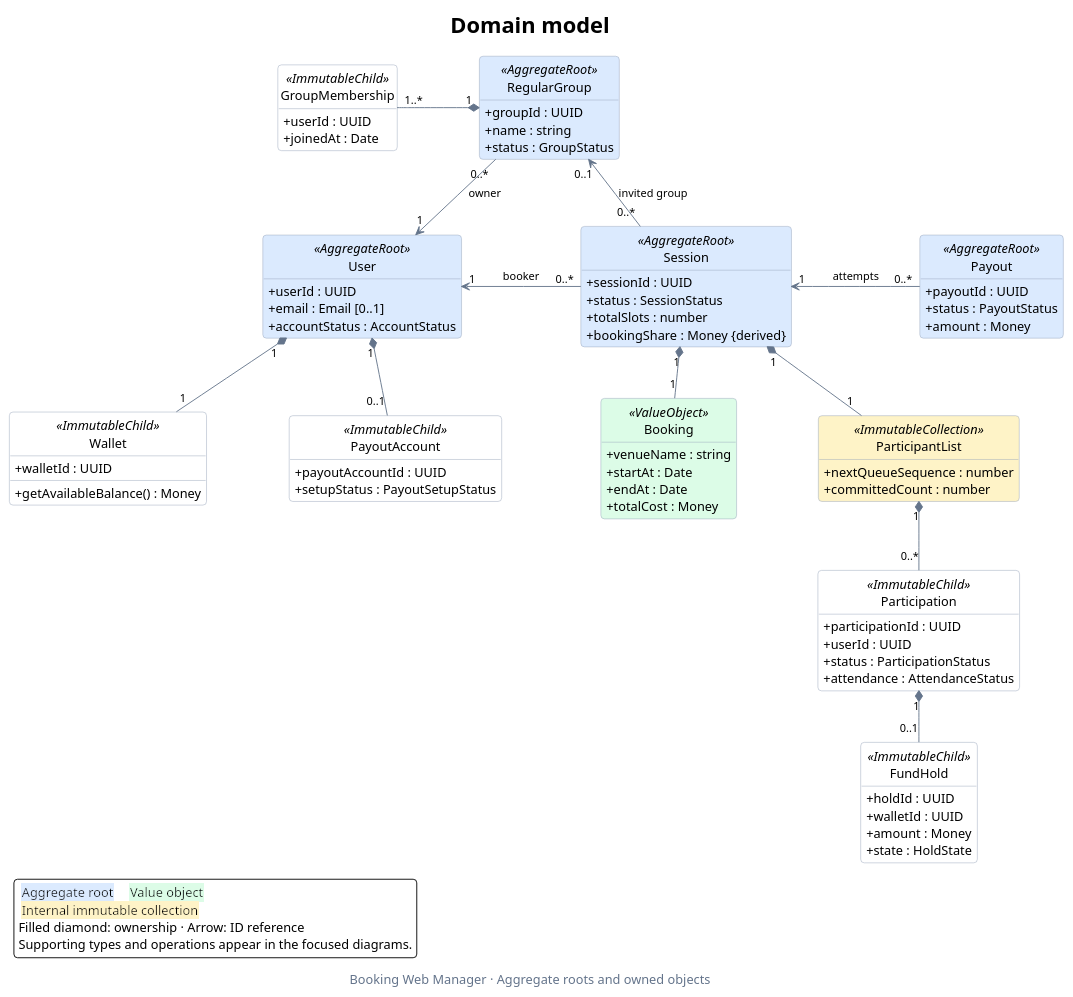
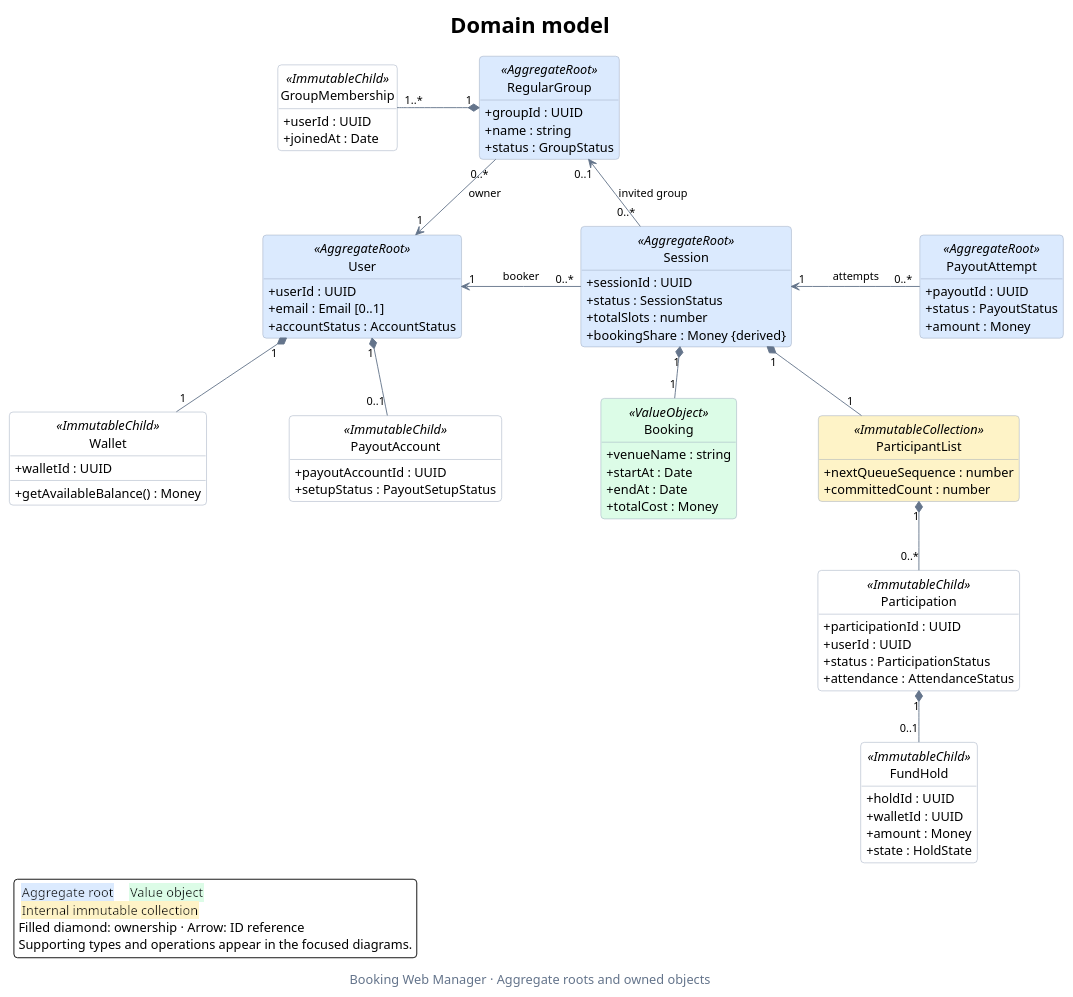
The diagram in docs/domain-class-diagram.puml (rbrishi15/booking-web-manager), drawn with PlantUML before and after one commit. The commit also changed 33 other files, not shown here.

```diff
--- a/docs/domain-class-diagram.puml
+++ b/docs/domain-class-diagram.puml
@@ -1,105 +1,105 @@
 @startuml domain-class-diagram
 ' Main view: aggregate ownership and the main cross-aggregate references.
 ' Supporting values, role views, ledger queries and operations are in diagrams/.
 title Domain model
 caption Booking Web Manager · Aggregate roots and owned objects
 
 top to bottom direction
 hide circle
 hide empty members
 skinparam backgroundColor #FFFFFF
 skinparam shadowing false
 skinparam roundcorner 8
 skinparam defaultFontName SansSerif
 skinparam defaultFontSize 14
 skinparam titleFontSize 24
 skinparam captionFontColor #64748B
 skinparam ArrowColor #64748B
 skinparam ArrowFontSize 12
 skinparam classBorderColor #94A3B8
 skinparam classBackgroundColor #FFFFFF
 skinparam classBackgroundColor<<AggregateRoot>> #DBEAFE
 skinparam classBackgroundColor<<ValueObject>> #DCFCE7
 skinparam classBackgroundColor<<ImmutableCollection>> #FEF3C7
 skinparam classAttributeIconSize 0
 skinparam linetype polyline
 skinparam nodesep 90
 skinparam ranksep 55
 
 class User <<AggregateRoot>> {
   +userId : UUID
   +email : Email [0..1]
   +accountStatus : AccountStatus
 }
 class RegularGroup <<AggregateRoot>> {
   +groupId : UUID
   +name : string
   +status : GroupStatus
 }
 class Session <<AggregateRoot>> {
   +sessionId : UUID
   +status : SessionStatus
   +totalSlots : number
   +bookingShare : Money {derived}
 }
-class Payout <<AggregateRoot>> {
+class PayoutAttempt <<AggregateRoot>> {
   +payoutId : UUID
   +status : PayoutStatus
   +amount : Money
 }
 class Wallet <<ImmutableChild>> {
   +walletId : UUID
   +getAvailableBalance() : Money
 }
 class PayoutAccount <<ImmutableChild>> {
   +payoutAccountId : UUID
   +setupStatus : PayoutSetupStatus
 }
 class GroupMembership <<ImmutableChild>> {
   +userId : UUID
   +joinedAt : Date
 }
 class Booking <<ValueObject>> {
   +venueName : string
   +startAt : Date
   +endAt : Date
   +totalCost : Money
 }
 class Participation <<ImmutableChild>> {
   +participationId : UUID
   +userId : UUID
   +status : ParticipationStatus
   +attendance : AttendanceStatus
 }
 class ParticipantList <<ImmutableCollection>> {
   +nextQueueSequence : number
   +committedCount : number
 }
 class FundHold <<ImmutableChild>> {
   +holdId : UUID
   +walletId : UUID
   +amount : Money
   +state : HoldState
 }
 
 ' Keep the aggregate references together; owned children branch downward.
 User "1" <-right- "0..*" Session : booker
-Session "1" <-right- "0..*" Payout : attempts
+Session "1" <-right- "0..*" PayoutAttempt : attempts
 RegularGroup "0..*" -down-> "1" User : owner
 Session "0..*" -up-> "0..1" RegularGroup : invited group
 
 User "1" *-down- "1" Wallet
 User "1" *-down- "0..1" PayoutAccount
 RegularGroup "1" *-left- "1..*" GroupMembership
 Session "1" *-down- "1" Booking
 Session "1" *-down- "1" ParticipantList
 ParticipantList "1" *-down- "0..*" Participation
 Participation "1" *-down- "0..1" FundHold
 
 legend bottom left
   <back:#DBEAFE> Aggregate root </back>   <back:#DCFCE7> Value object </back>
   <back:#FEF3C7> Internal immutable collection </back>
   Filled diamond: ownership · Arrow: ID reference
   Supporting types and operations appear in the focused diagrams.
 endlegend
 @enduml
```
